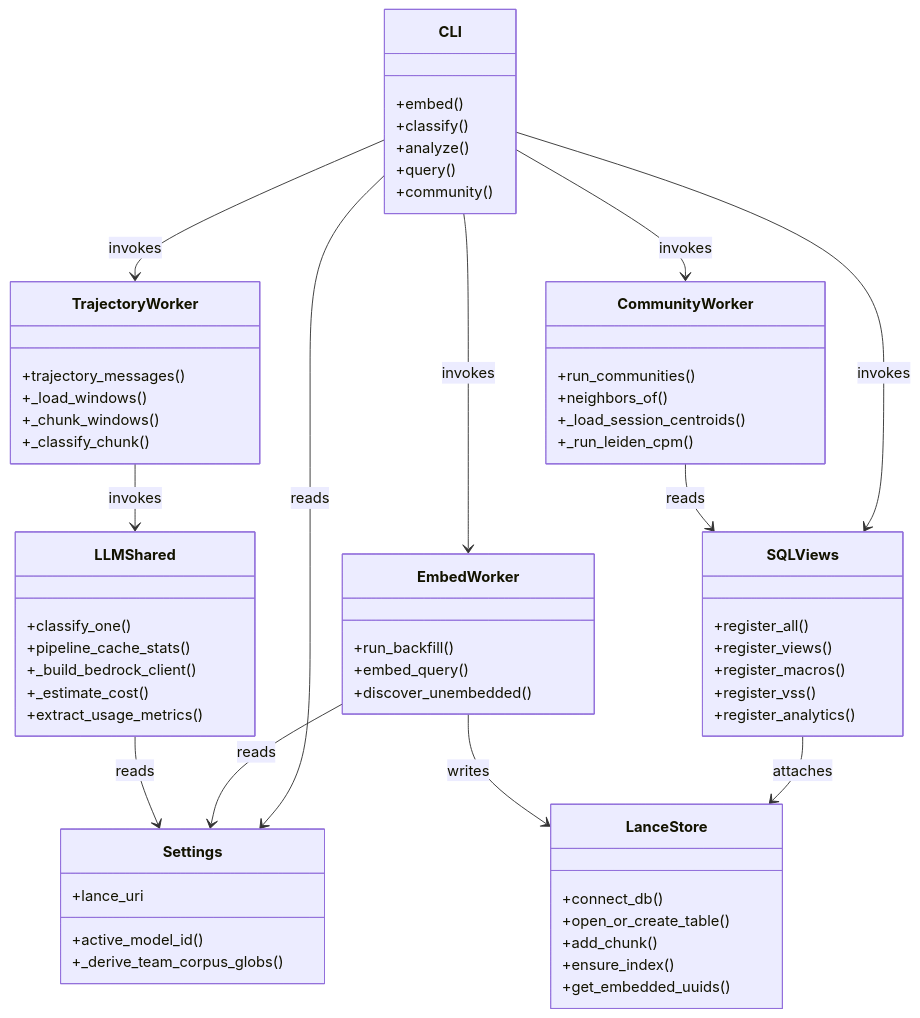
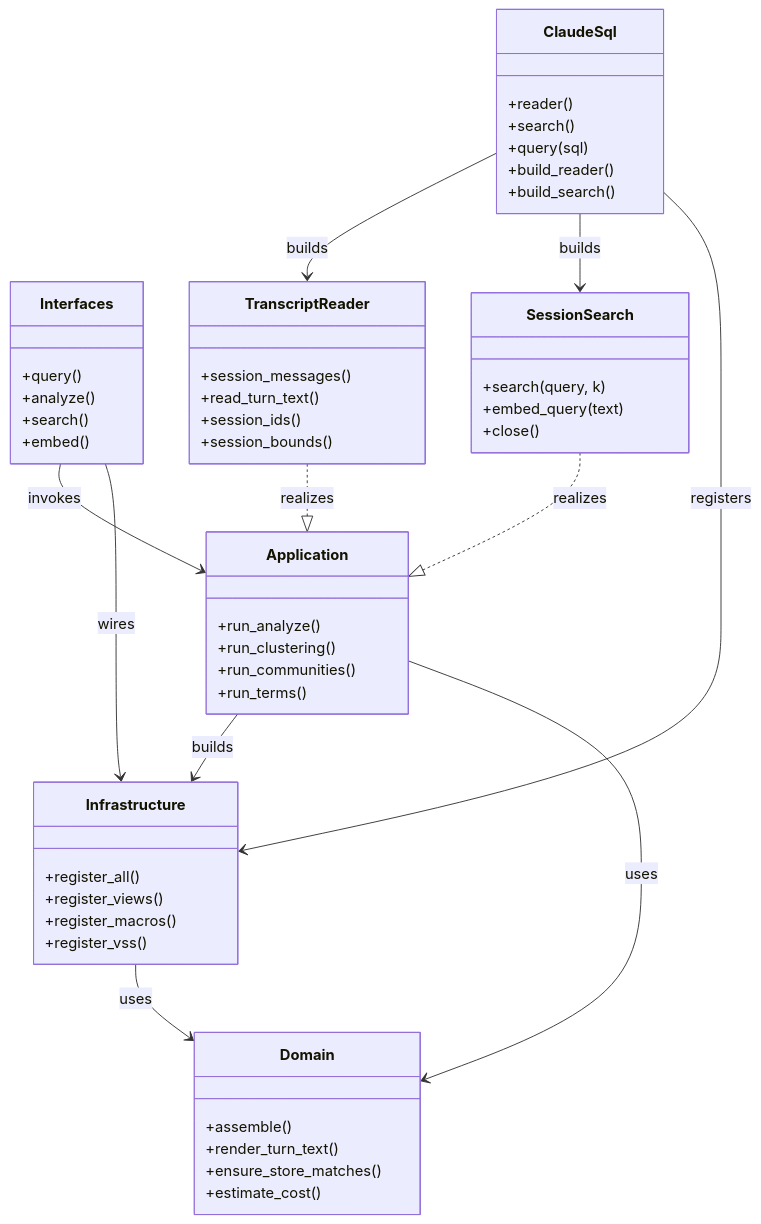
Before and after one commit to theagenticguy/claude-sql: the diagram in docs/diagrams/architecture/components.md, drawn with Mermaid. The commit also changed 279 other files, not shown here.

First line of the commit message:
feat(v2)!: hexagonal architecture — domain/application/infrastructure/interfaces (#159)

````diff
--- a/docs/diagrams/architecture/components.md
+++ b/docs/diagrams/architecture/components.md
@@ -3,65 +3,56 @@
 ```mermaid
 classDiagram
-    class CLI {
+    class ClaudeSql {
+        +reader()
+        +search()
+        +query(sql)
+        +build_reader()
+        +build_search()
+    }
+    class Interfaces {
+        +query()
+        +analyze()
+        +search()
         +embed()
-        +classify()
-        +analyze()
-        +query()
-        +community()
     }
-    class Settings {
-        +active_model_id()
-        +_derive_team_corpus_globs()
-        +lance_uri
+    class Application {
+        +run_analyze()
+        +run_clustering()
+        +run_communities()
+        +run_terms()
     }
-    class SQLViews {
+    class Infrastructure {
         +register_all()
         +register_views()
         +register_macros()
         +register_vss()
-        +register_analytics()
     }
-    class LanceStore {
-        +connect_db()
-        +open_or_create_table()
-        +add_chunk()
-        +ensure_index()
-        +get_embedded_uuids()
+    class Domain {
+        +assemble()
+        +render_turn_text()
+        +ensure_store_matches()
+        +estimate_cost()
     }
-    class EmbedWorker {
-        +run_backfill()
-        +embed_query()
-        +discover_unembedded()
+    class TranscriptReader {
+        +session_messages()
+        +read_turn_text()
+        +session_ids()
+        +session_bounds()
     }
-    class LLMShared {
-        +classify_one()
-        +pipeline_cache_stats()
-        +_build_bedrock_client()
-        +_estimate_cost()
-        +extract_usage_metrics()
-    }
-    class TrajectoryWorker {
-        +trajectory_messages()
-        +_load_windows()
-        +_chunk_windows()
-        +_classify_chunk()
-    }
-    class CommunityWorker {
-        +run_communities()
-        +neighbors_of()
-        +_load_session_centroids()
-        +_run_leiden_cpm()
+    class SessionSearch {
+        +search(query, k)
+        +embed_query(text)
+        +close()
     }
 
-    CLI --> Settings : reads
-    CLI --> SQLViews : invokes
-    CLI --> EmbedWorker : invokes
-    CLI --> TrajectoryWorker : invokes
-    CLI --> CommunityWorker : invokes
-    SQLViews --> LanceStore : attaches
-    EmbedWorker --> LanceStore : writes
-    EmbedWorker --> Settings : reads
-    TrajectoryWorker --> LLMShared : invokes
-    LLMShared --> Settings : reads
-    CommunityWorker --> SQLViews : reads
+    Interfaces --> Application : invokes
+    Interfaces --> Infrastructure : wires
+    Application --> Infrastructure : builds
+    Application --> Domain : uses
+    Infrastructure --> Domain : uses
+    ClaudeSql --> TranscriptReader : builds
+    ClaudeSql --> SessionSearch : builds
+    ClaudeSql --> Infrastructure : registers
+    TranscriptReader ..|> Application : realizes
+    SessionSearch ..|> Application : realizes
 ```
````
